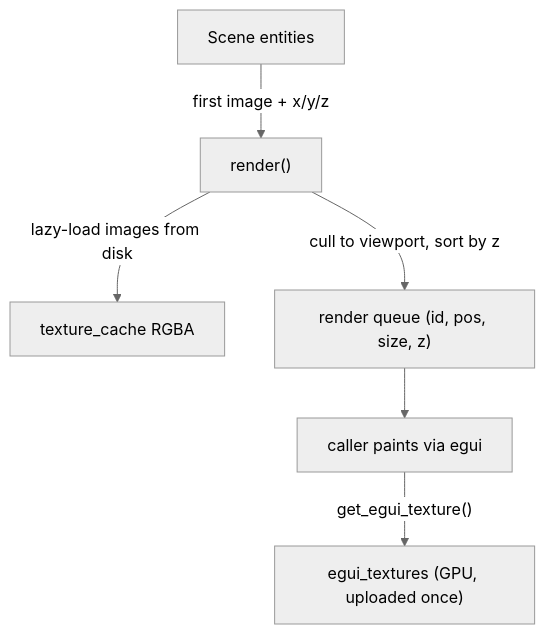
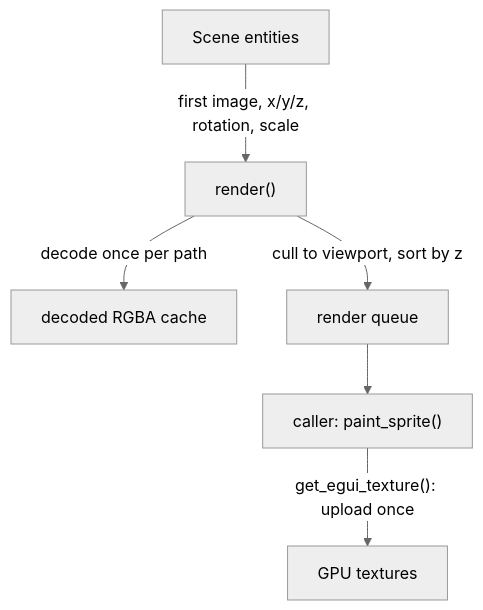
One commit to gh0stintheshe11/Rust-2D-Game-Engine changed the diagram in docs/render.md. Above: the diagram before and after it, drawn with Mermaid (neutral theme). The commit also changed other lines of this file and 12 other files, not shown here.

````diff
--- a/docs/render.md
+++ b/docs/render.md
@@ -17,8 +21,8 @@
 ```mermaid
 graph TD
-    S[Scene entities] -->|"first image + x/y/z"| R["render()"]
-    R -->|lazy-load images from disk| TC[texture_cache RGBA]
-    R -->|cull to viewport, sort by z| Q["render queue (id, pos, size, z)"]
-    Q --> P[caller paints via egui]
-    P -->|"get_egui_texture()"| GT["egui_textures (GPU, uploaded once)"]
+    S[Scene entities] -->|"first image, x/y/z, rotation, scale"| R["render()"]
+    R -->|"decode once per path"| TC["decoded RGBA cache"]
+    R -->|"cull to viewport, sort by z"| Q[render queue]
+    Q --> P["caller: paint_sprite()"]
+    P -->|"get_egui_texture(): upload once"| GT["GPU textures"]
 ```
````
